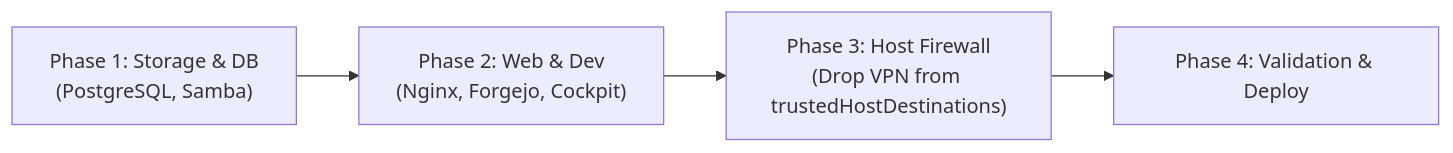
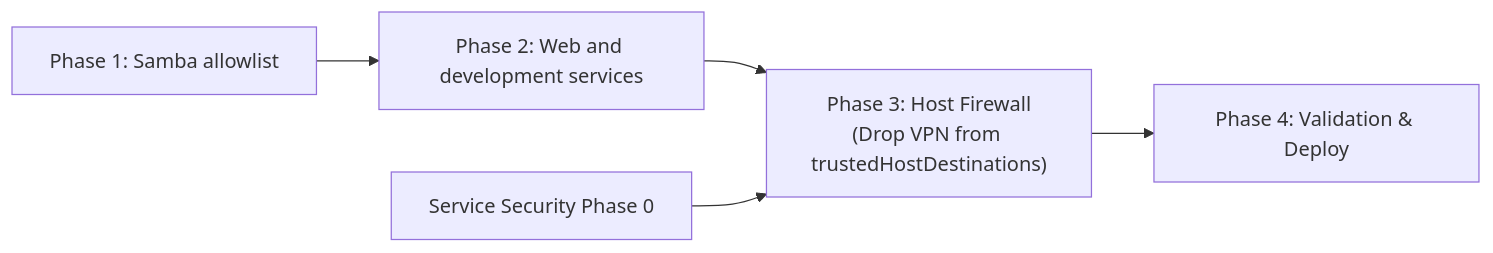
Before and after one commit to categoricalcat/nixos: the second of 2 diagrams in docs/src/plans/vpn-to-lan-migration-plan.md, drawn with Mermaid. The commit also changed other lines of this file and 5 other files, not shown here.

````diff
--- a/docs/src/plans/vpn-to-lan-migration-plan.md
+++ b/docs/src/plans/vpn-to-lan-migration-plan.md
@@ -167,9 +217,11 @@
 ```mermaid
 flowchart LR
-    P1["Phase 1: Storage & DB<br/>(PostgreSQL, Samba)"]
-    P2["Phase 2: Web & Dev<br/>(Nginx, Forgejo, Cockpit)"]
+    P1["Phase 1: Samba allowlist"]
+    P2["Phase 2: Web and development services"]
     P3["Phase 3: Host Firewall<br/>(Drop VPN from trustedHostDestinations)"]
     P4["Phase 4: Validation & Deploy"]
+    SEC0["Service Security Phase 0"]
 
     P1 --> P2 --> P3 --> P4
+    SEC0 --> P3
 ```
````
